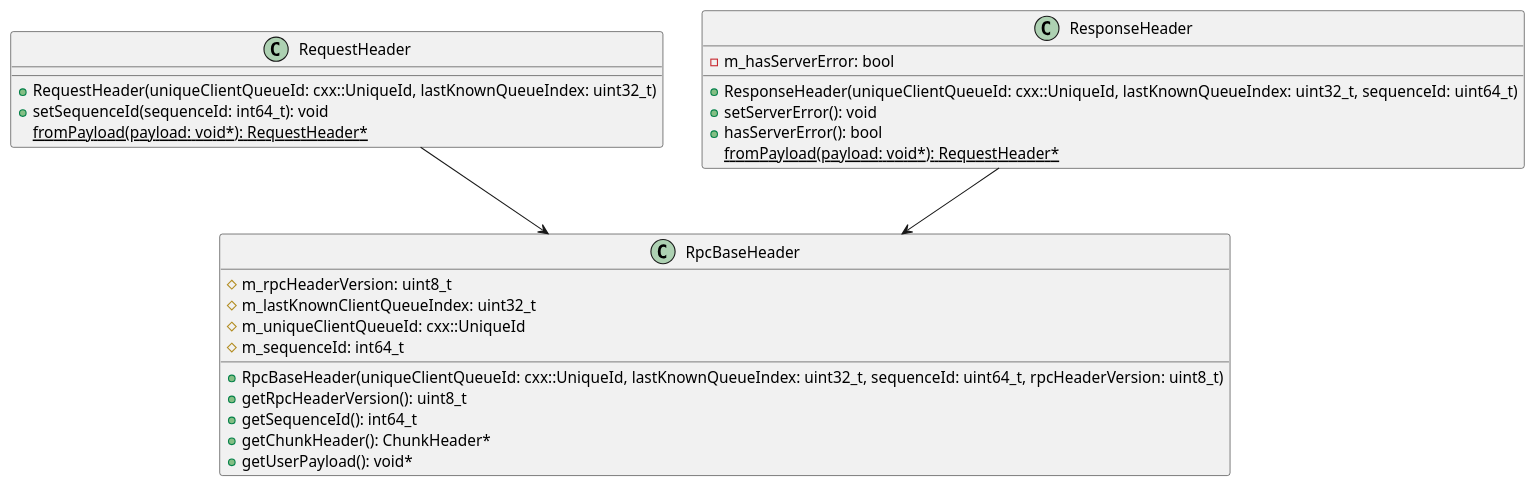
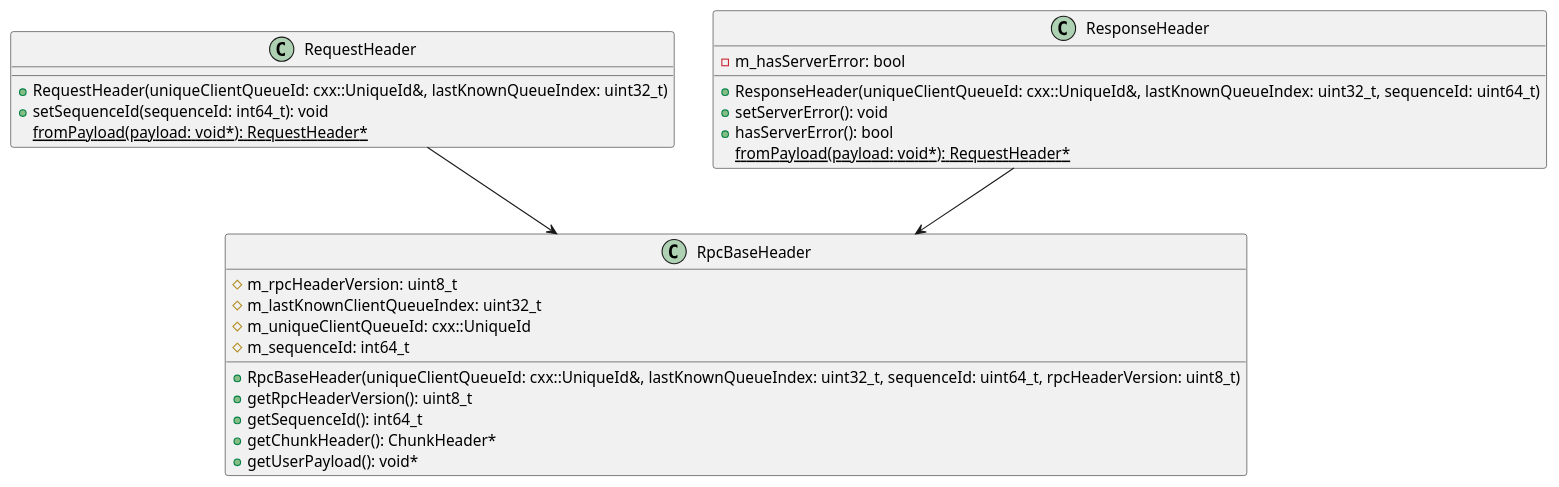
Before and after one commit to eclipse-iceoryx/iceoryx: the diagram in doc/design/diagrams/request_response/request_response_header.puml, drawn with PlantUML. The commit also changed 4 other files, not shown here.

```diff
--- a/doc/design/diagrams/request_response/request_response_header.puml
+++ b/doc/design/diagrams/request_response/request_response_header.puml
@@ -1,32 +1,32 @@
 @startuml
 
 class RpcBaseHeader {
-  + RpcBaseHeader(uniqueClientQueueId: cxx::UniqueId, lastKnownQueueIndex: uint32_t, sequenceId: uint64_t, rpcHeaderVersion: uint8_t)
+  + RpcBaseHeader(uniqueClientQueueId: cxx::UniqueId&, lastKnownQueueIndex: uint32_t, sequenceId: uint64_t, rpcHeaderVersion: uint8_t)
   + getRpcHeaderVersion(): uint8_t
   + getSequenceId(): int64_t
   + getChunkHeader(): ChunkHeader*
   + getUserPayload(): void*
   # m_rpcHeaderVersion: uint8_t
   # m_lastKnownClientQueueIndex: uint32_t
   # m_uniqueClientQueueId: cxx::UniqueId
   # m_sequenceId: int64_t
 }
 
 class RequestHeader {
-  + RequestHeader(uniqueClientQueueId: cxx::UniqueId, lastKnownQueueIndex: uint32_t)
+  + RequestHeader(uniqueClientQueueId: cxx::UniqueId&, lastKnownQueueIndex: uint32_t)
   + setSequenceId(sequenceId: int64_t): void
   {static} fromPayload(payload: void*): RequestHeader*
 }
 
 class ResponseHeader {
-  + ResponseHeader(uniqueClientQueueId: cxx::UniqueId, lastKnownQueueIndex: uint32_t, sequenceId: uint64_t)
+  + ResponseHeader(uniqueClientQueueId: cxx::UniqueId&, lastKnownQueueIndex: uint32_t, sequenceId: uint64_t)
   + setServerError(): void
   + hasServerError(): bool
   {static} fromPayload(payload: void*): RequestHeader*
   - m_hasServerError: bool
 }
 
 RequestHeader --> RpcBaseHeader
 ResponseHeader --> RpcBaseHeader
 
 @enduml
```
